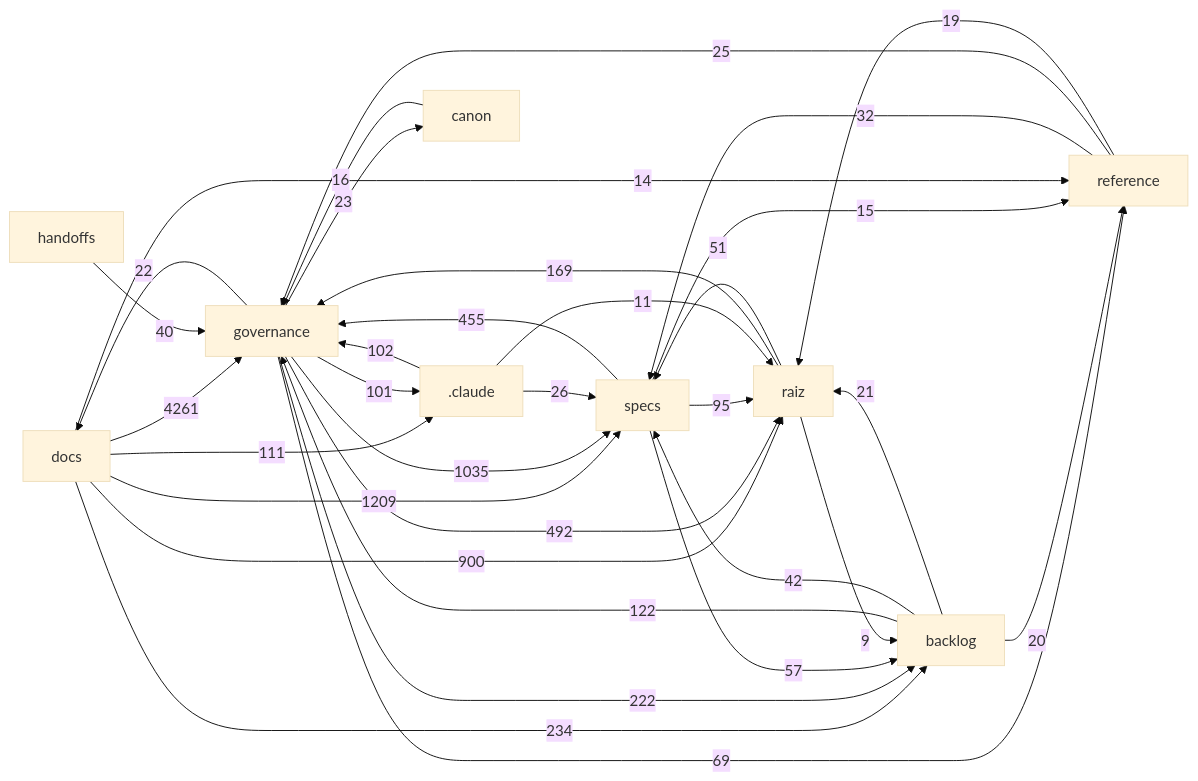
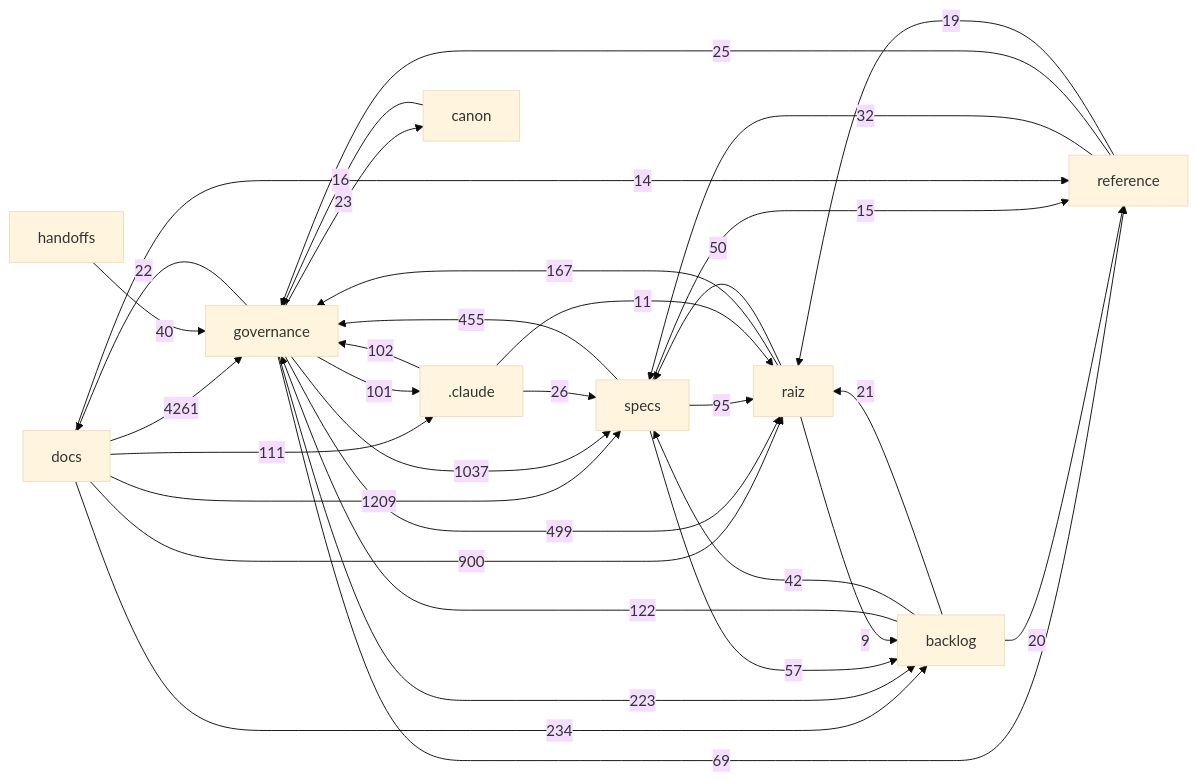
One commit to Andraus35/Sistema-Operacional-de-Trading--SOT changed the diagram in docs/mapa/MAPA-PROJETO.md. Above: the diagram before and after it, drawn with Mermaid (base theme). The commit also changed other lines of this file and 5 other files, not shown here.

````diff
--- a/docs/mapa/MAPA-PROJETO.md
+++ b/docs/mapa/MAPA-PROJETO.md
@@ -30,35 +30,35 @@
 ```mermaid
 flowchart LR
   docs["docs"] -->|4261| governance["governance"]
   docs["docs"] -->|1209| specs["specs"]
-  governance["governance"] -->|1035| specs["specs"]
+  governance["governance"] -->|1037| specs["specs"]
   docs["docs"] -->|900| raiz["raiz"]
-  governance["governance"] -->|492| raiz["raiz"]
+  governance["governance"] -->|499| raiz["raiz"]
   specs["specs"] -->|455| governance["governance"]
   docs["docs"] -->|234| backlog["backlog"]
-  governance["governance"] -->|222| backlog["backlog"]
-  raiz["raiz"] -->|169| governance["governance"]
+  governance["governance"] -->|223| backlog["backlog"]
+  raiz["raiz"] -->|167| governance["governance"]
   backlog["backlog"] -->|122| governance["governance"]
   docs["docs"] -->|111| _claude[".claude"]
   _claude[".claude"] -->|102| governance["governance"]
   governance["governance"] -->|101| _claude[".claude"]
   specs["specs"] -->|95| raiz["raiz"]
   governance["governance"] -->|69| reference["reference"]
   specs["specs"] -->|57| backlog["backlog"]
-  raiz["raiz"] -->|51| specs["specs"]
+  raiz["raiz"] -->|50| specs["specs"]
   backlog["backlog"] -->|42| specs["specs"]
   handoffs["handoffs"] -->|40| governance["governance"]
   reference["reference"] -->|32| specs["specs"]
   _claude[".claude"] -->|26| specs["specs"]
   reference["reference"] -->|25| governance["governance"]
   governance["governance"] -->|23| canon["canon"]
   governance["governance"] -->|22| docs["docs"]
   backlog["backlog"] -->|21| raiz["raiz"]
   backlog["backlog"] -->|20| reference["reference"]
   reference["reference"] -->|19| raiz["raiz"]
   canon["canon"] -->|16| governance["governance"]
   specs["specs"] -->|15| reference["reference"]
   docs["docs"] -->|14| reference["reference"]
   _claude[".claude"] -->|11| raiz["raiz"]
   raiz["raiz"] -->|9| backlog["backlog"]
 ```
````
